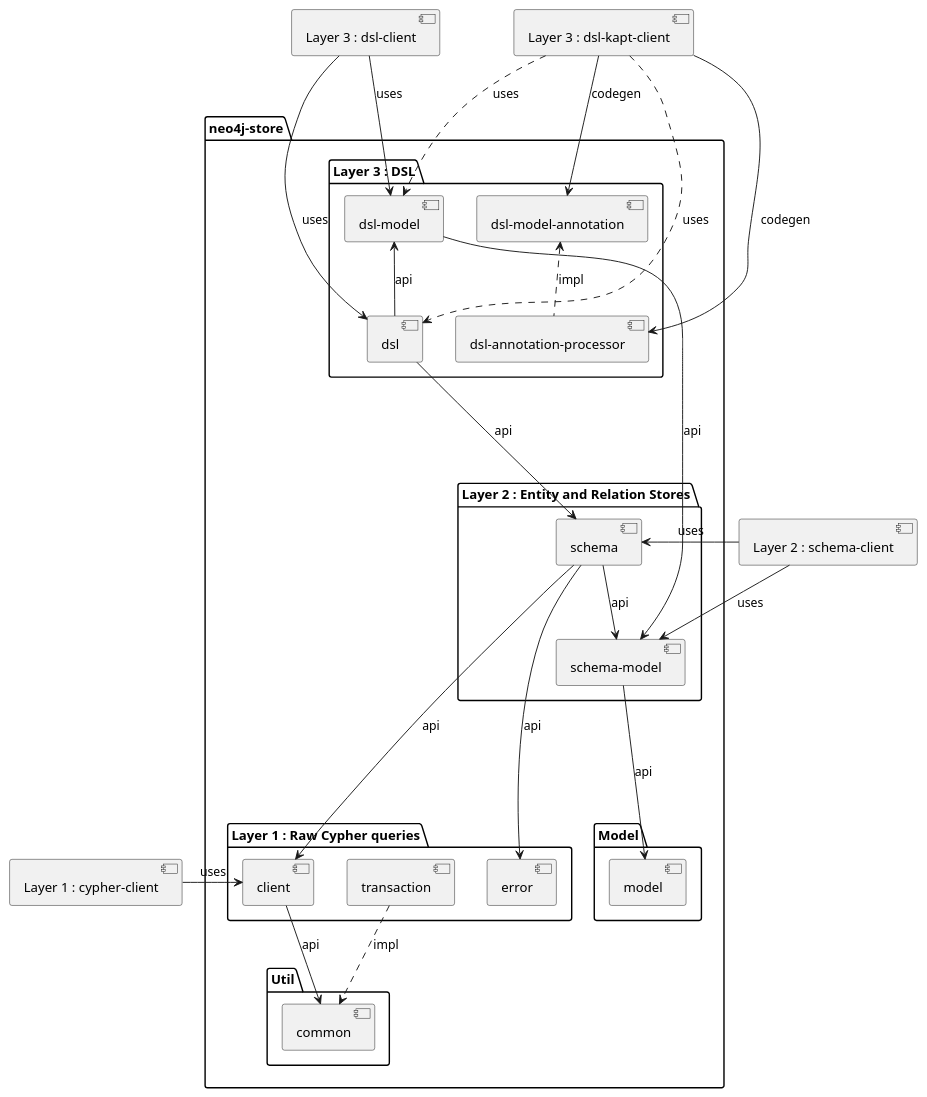
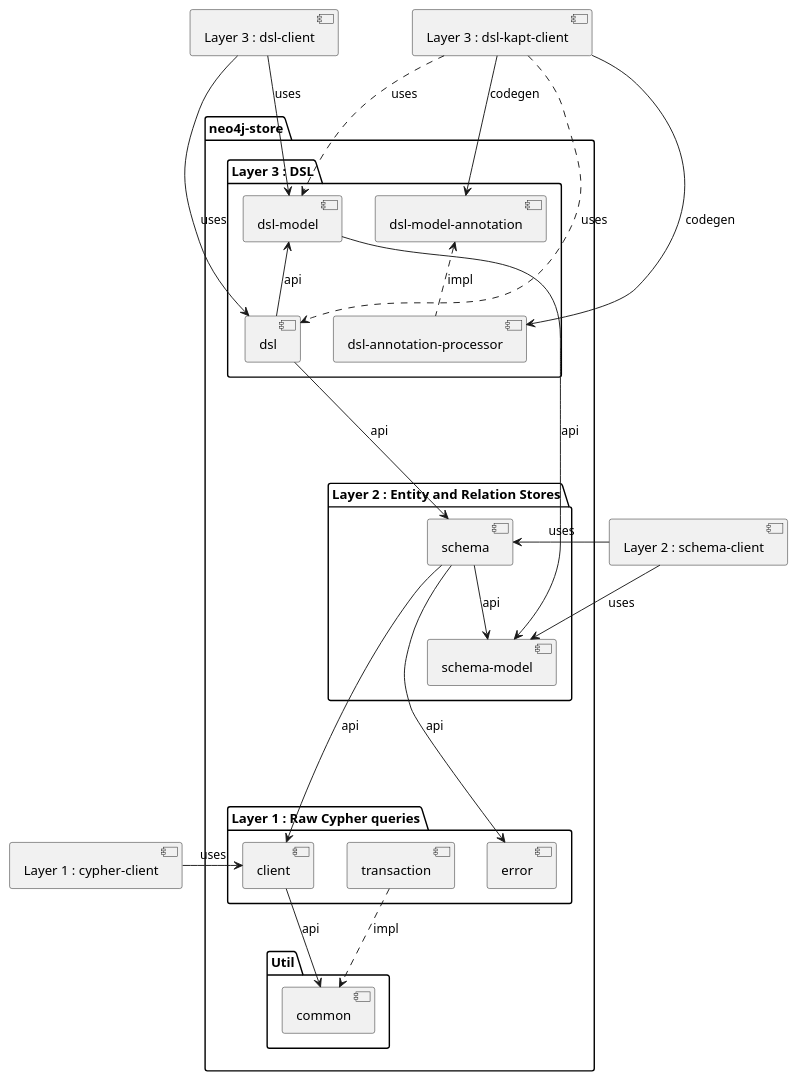
The diagram in docs/projects.plantuml (vihangpatil/neo4j-store), drawn with PlantUML before and after one commit. The commit also changed 23 other files, not shown here.

Commit message:
Merged model to schema-model

```diff
--- a/docs/projects.plantuml
+++ b/docs/projects.plantuml
@@ -1,67 +1,62 @@
 @startuml
 
 [Layer 1 : cypher-client]
 [Layer 2 : schema-client]
 [Layer 3 : dsl-client]
 [Layer 3 : dsl-kapt-client]
 
 package "neo4j-store" {
 
     package "Layer 3 : DSL" {
         [dsl]
         [dsl-model]
         [dsl-model-annotation]
         [dsl-annotation-processor]
 
 [dsl-model-annotation] <.. [dsl-annotation-processor] : impl
 [dsl-model] <-- [dsl] : api
     }
 
     package "Layer 2 : Entity and Relation Stores" {
         [schema]
         [schema-model]
 
 [schema] --> [schema-model] : api
     }
 
 [dsl-model] --->  [schema-model] : api
 [dsl] ---> [schema] : api
 
     package "Layer 1 : Raw Cypher queries" {
         [client]
         [error]
         [transaction]
     }
 
     package "Util" {
         [common]
     }
 
-    package "Model" {
-        [model]
-    }
-
 [client] --> [common] : api
 [transaction] ..> [common] : impl
 
 
-[schema-model] ---> [model] : api
 [schema] ---> [client] : api
 [schema] ----> [error] : api
 
 }
 
 [Layer 1 : cypher-client] -right-> [client] : uses
 
 [Layer 2 : schema-client] -right-> [schema] : uses
 [Layer 2 : schema-client] -right-> [schema-model] : uses
 
 [Layer 3 : dsl-client] --> [dsl] : uses
 [Layer 3 : dsl-client] --> [dsl-model]: uses
 
 [Layer 3 : dsl-kapt-client] ..> [dsl] : uses
 [Layer 3 : dsl-kapt-client] ..> [dsl-model]: uses
 [Layer 3 : dsl-kapt-client] --> [dsl-annotation-processor]: codegen
 [Layer 3 : dsl-kapt-client] --> [dsl-model-annotation]: codegen
 
 @enduml
```
